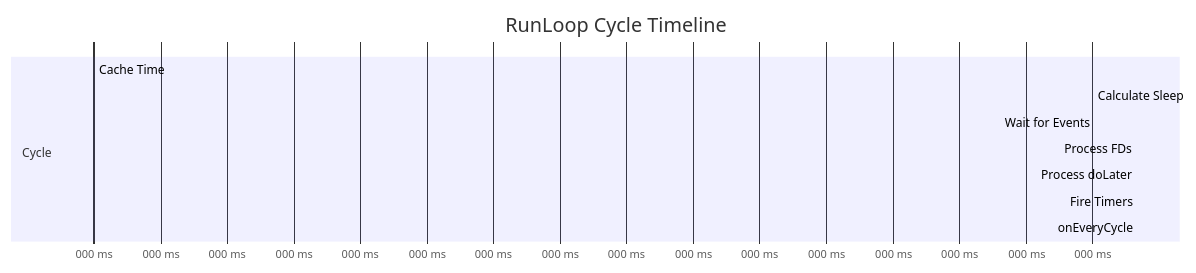
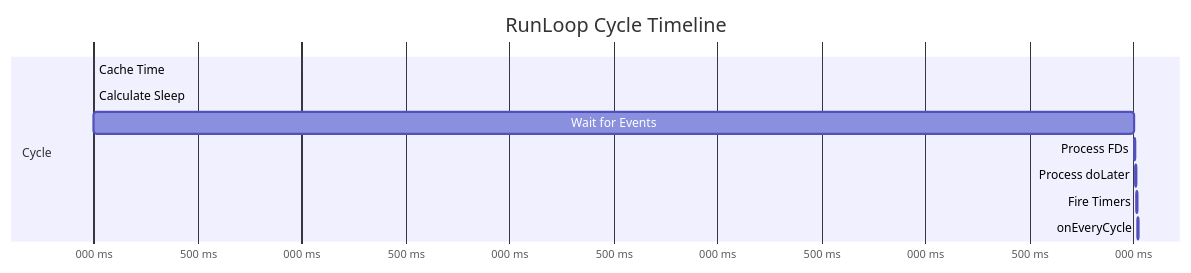
The second of 13 diagrams in docs/runloop-comprehensive.md (hoche/libzenomt), drawn with Mermaid before and after one commit. The commit also changed other lines of this file and 5 other files, not shown here.

````diff
--- a/docs/runloop-comprehensive.md
+++ b/docs/runloop-comprehensive.md
@@ -158,15 +158,15 @@
 ```mermaid
 gantt
     title RunLoop Cycle Timeline
-    dateFormat X
+    dateFormat x
     axisFormat %L ms
     
     section Cycle
-    Cache Time           :0, 0.001
-    Calculate Sleep      :0.001, 0.002
-    Wait for Events      :0.002, 5.002
-    Process FDs          :5.002, 5.010
-    Process doLater      :5.010, 5.015
-    Fire Timers          :5.015, 5.020
-    onEveryCycle         :5.020, 5.025
+    Cache Time           :0, 1
+    Calculate Sleep      :1, 2
+    Wait for Events      :2, 5002
+    Process FDs          :5002, 5010
+    Process doLater      :5010, 5015
+    Fire Timers          :5015, 5020
+    onEveryCycle         :5020, 5025
 ```
````
